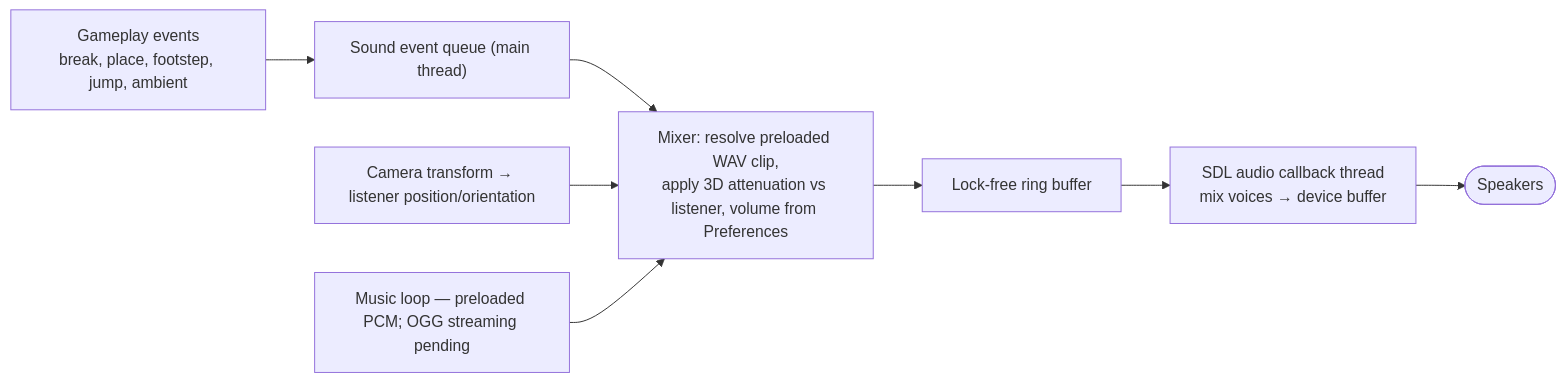
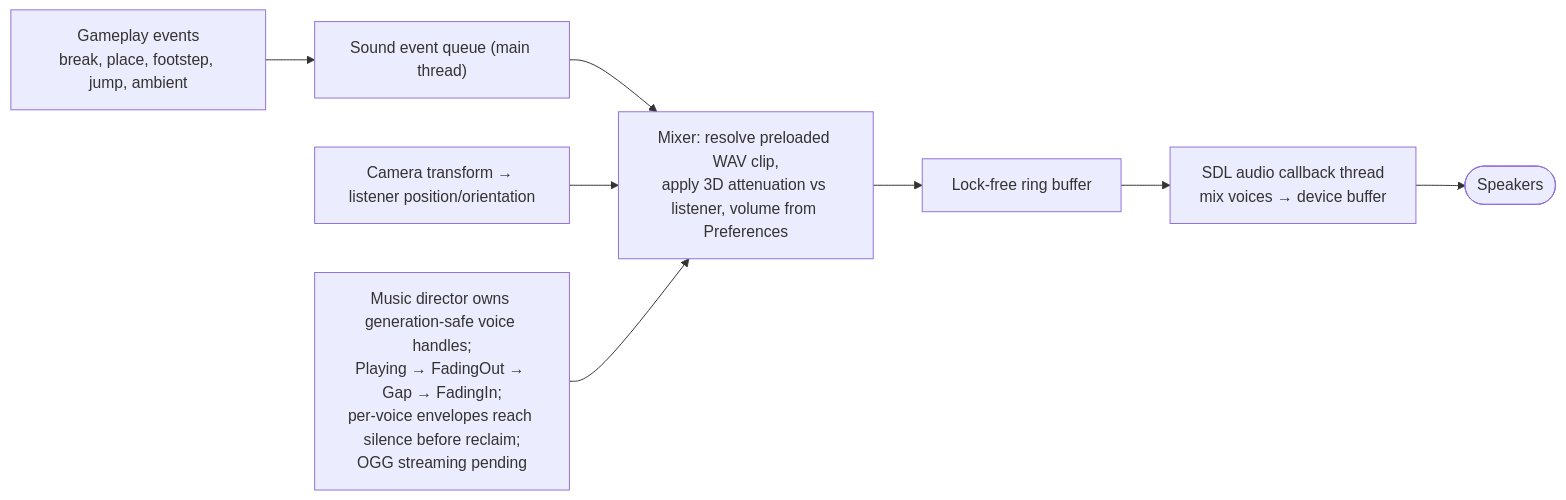
Diagram 16 of 17 in DIAGRAMS.md (GoGurtPrime/voxels), drawn with Mermaid before and after one commit. The commit also changed other lines of this file and 16 other files, not shown here.

````diff
--- a/DIAGRAMS.md
+++ b/DIAGRAMS.md
@@ -561,10 +561,10 @@
 ```mermaid
 flowchart LR
     EV["Gameplay events<br/>break, place, footstep, jump, ambient"] --> Q["Sound event queue (main thread)"]
     Q --> MIX["Mixer: resolve preloaded WAV clip,<br/>apply 3D attenuation vs listener, volume from Preferences"]
     MIX --> RING["Lock-free ring buffer"]
     RING --> CB["SDL audio callback thread<br/>mix voices → device buffer"]
     CB --> OUT([Speakers])
     LIS["Camera transform → listener position/orientation"] --> MIX
-    MUS["Music loop — preloaded PCM; OGG streaming pending"] --> MIX
+    MUS["Music director owns generation-safe voice handles;<br/>Playing → FadingOut → Gap → FadingIn;<br/>per-voice envelopes reach silence before reclaim;<br/>OGG streaming pending"] --> MIX
 ```
````
